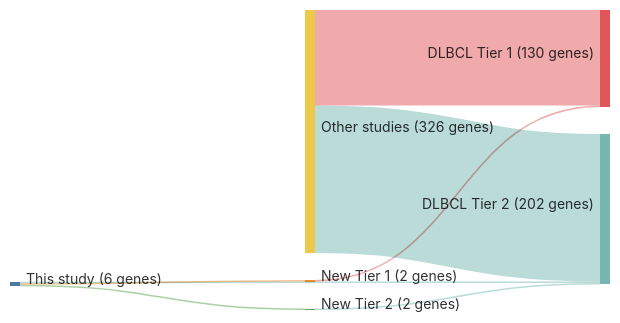
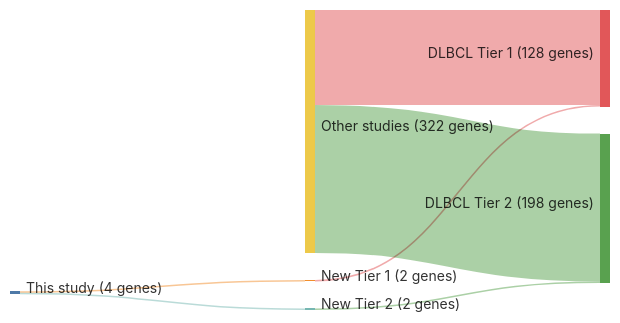
Before and after one commit to morinlab/lymphopedia: the diagram in papers/pasqualucciHypermutationMultipleProtooncogenes2001a.md, drawn with Mermaid. The commit also changed 81 other files, not shown here.

````diff
--- a/papers/pasqualucciHypermutationMultipleProtooncogenes2001a.md
+++ b/papers/pasqualucciHypermutationMultipleProtooncogenes2001a.md
@@ -12,21 +12,20 @@
 ```mermaid
 ---
 config:
     sankey:
         showValues: true
         linkColor: target
         width: 600
         height: 300
         nodeAlignment: right
         prefix: '('
         suffix: ' genes)'
 ---
 sankey-beta
 This study, New Tier 1, 2
 New Tier 1, DLBCL Tier 1, 2
-This study, DLBCL Tier 2, 2
 This study, New Tier 2, 2
 New Tier 2, DLBCL Tier 2, 2
-Other studies, DLBCL Tier 1, 128
-Other studies, DLBCL Tier 2, 198
+Other studies, DLBCL Tier 1, 126
+Other studies, DLBCL Tier 2, 196
 ```
````
